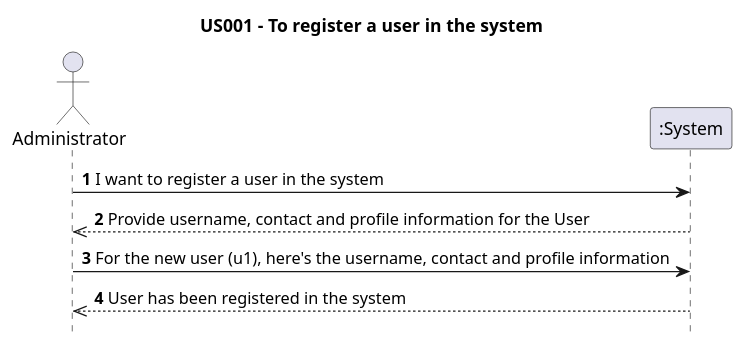
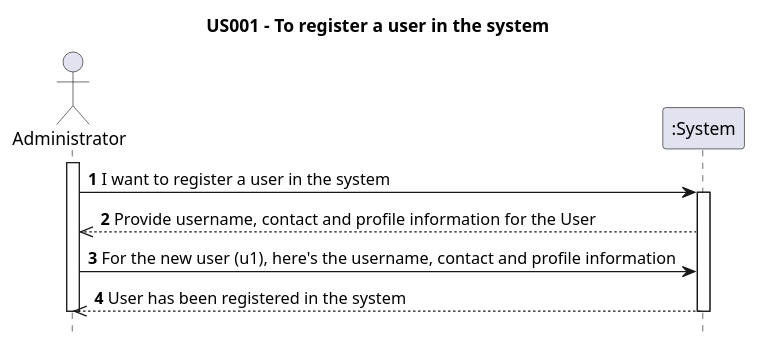
One commit to AndrePereiraGitH/SWitCH-Project-Team_A changed the diagram in Diagrams/SequenceDiagrams/N1/US001-to-register-a-user-in-the-system.puml. Above: the diagram before and after it, drawn with PlantUML. The commit also changed 4 other files, not shown here.

Commit message:
Working on #23 #26, updating User Case Diagram

```diff
--- a/Diagrams/SequenceDiagrams/N1/US001-to-register-a-user-in-the-system.puml
+++ b/Diagrams/SequenceDiagrams/N1/US001-to-register-a-user-in-the-system.puml
@@ -1,16 +1,21 @@
 @startuml
 
 hide footbox
 
 title US001 - To register a user in the system
 
 actor Administrator
 participant ":System" as System
 
 ' Human contact between Administrator and UI
-Administrator -> System : **1** I want to register a user in the system
-System -->> Administrator : **2** Provide username, contact and profile information for the User
-Administrator -> System : **3** For the new user (u1), here's the username, contact and profile information
-System -->> Administrator : **4** User has been registered in the system
+activate Administrator
+    Administrator -> System : **1** I want to register a user in the system
 
+    activate System
+    System -->> Administrator : **2** Provide username, contact and profile information for the User
+    Administrator -> System : **3** For the new user (u1), here's the username, contact and profile information
+    System -->> Administrator : **4** User has been registered in the system
+    deactivate System
+
+deactivate Administrator
 @enduml
```
